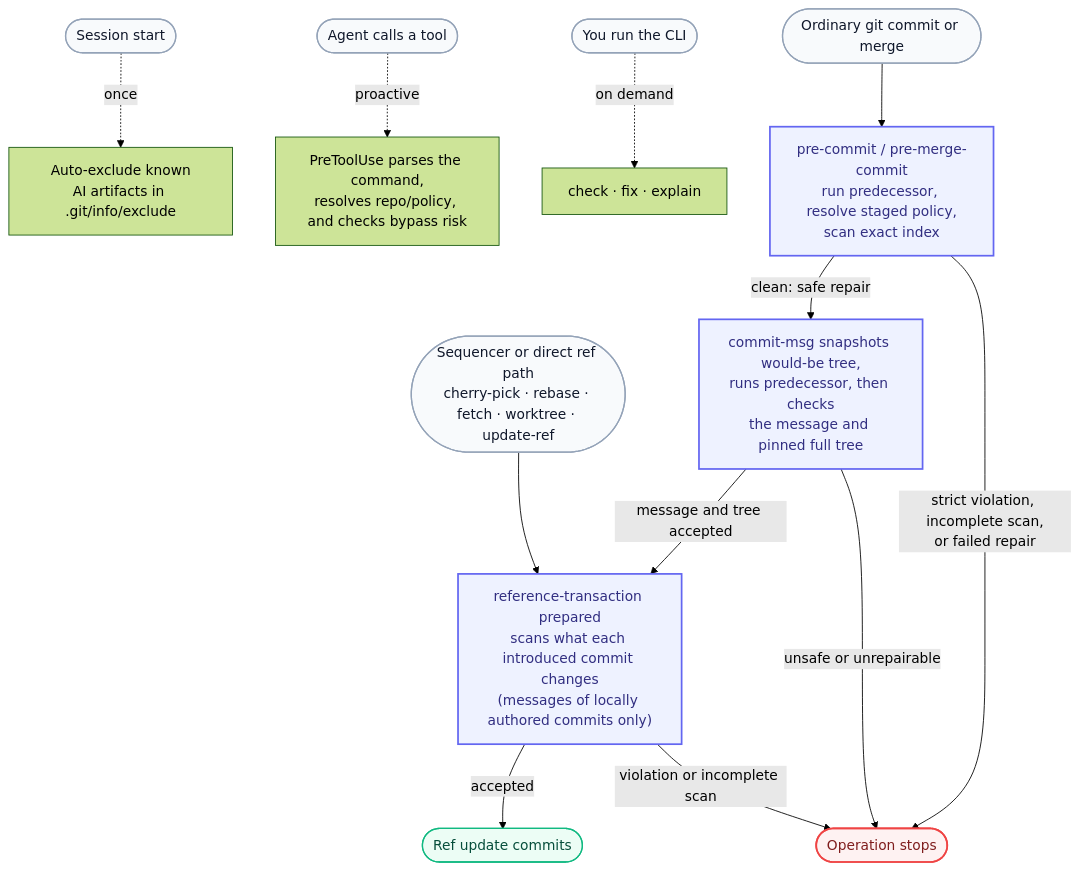
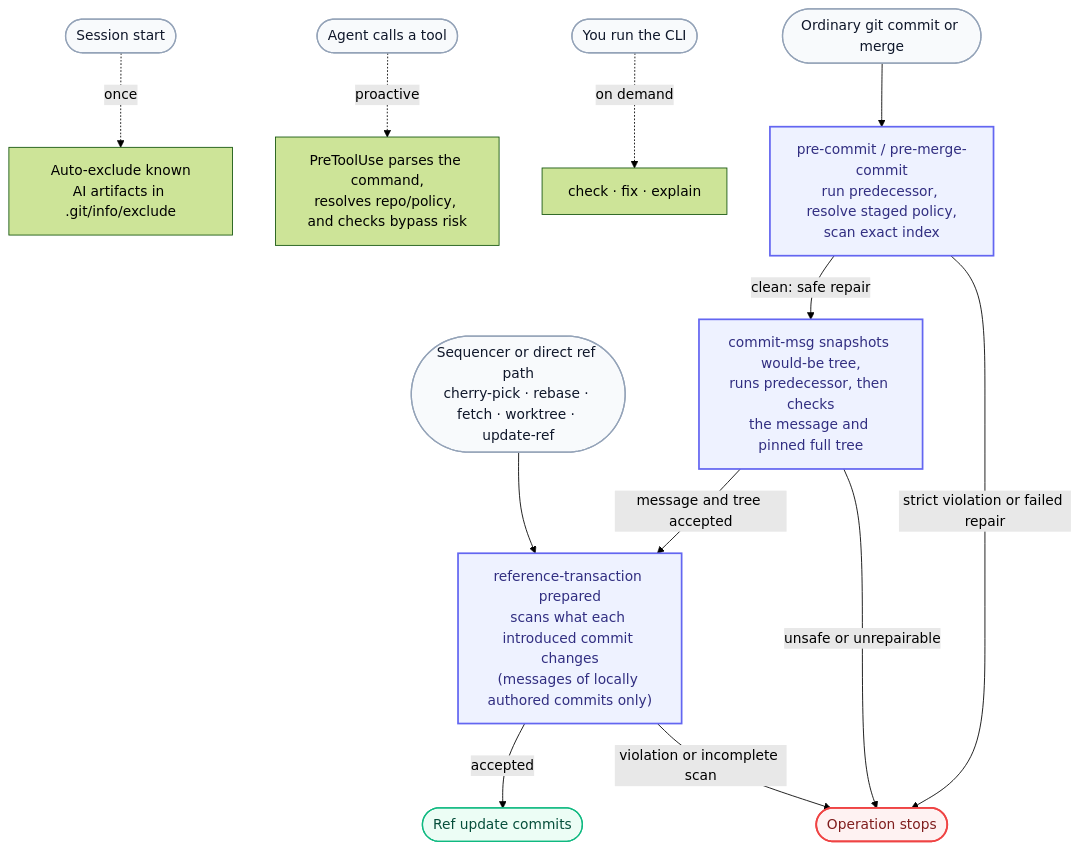
Before and after one commit to rmyndharis/aimhooman: the diagram in README.md, drawn with Mermaid (forest theme). The commit also changed 22 other files, not shown here.

````diff
--- a/README.md
+++ b/README.md
@@ -46,25 +46,25 @@
 ```mermaid
 flowchart TD
     SESS([Session start]) -. once .-> EXCL["Auto-exclude known<br/>AI artifacts in .git/info/exclude"]
     AGENT([Agent calls a tool]) -. proactive .-> ADV["PreToolUse parses the command,<br/>resolves repo/policy, and checks bypass risk"]
     RUN([You run the CLI]) -. on demand .-> CLI["check · fix · explain"]
 
     COMMIT([Ordinary git commit or merge]) --> PRE["pre-commit / pre-merge-commit<br/>run predecessor, resolve staged policy,<br/>scan exact index"]
     DIRECT([Sequencer or direct ref path<br/>cherry-pick · rebase · fetch · worktree · update-ref]) --> REF
     PRE -->|clean: safe repair| MSG["commit-msg snapshots would-be tree,<br/>runs predecessor, then checks<br/>the message and pinned full tree"]
-    PRE -->|strict violation, incomplete scan,<br/>or failed repair| BLOCK([Operation stops])
+    PRE -->|strict violation or failed repair| BLOCK([Operation stops])
     MSG -->|message and tree accepted| REF["reference-transaction prepared<br/>scans what each introduced commit changes<br/>(messages of locally authored commits only)"]
     MSG -->|unsafe or unrepairable| BLOCK
     REF -->|accepted| SHIP([Ref update commits])
     REF -->|violation or incomplete scan| BLOCK
 
     classDef entry fill:#f8fafc,stroke:#94a3b8,color:#0f172a,stroke-width:1.5px
     classDef hook fill:#eef2ff,stroke:#6366f1,color:#312e81,stroke-width:2px
     classDef ok fill:#ecfdf5,stroke:#10b981,color:#064e3b,stroke-width:1.5px
     classDef stop fill:#fef2f2,stroke:#ef4444,color:#7f1d1d,stroke-width:2px
 
     class SESS,AGENT,RUN,COMMIT,DIRECT entry
     class PRE,MSG,REF hook
     class SHIP ok
     class BLOCK stop
 ```
````
